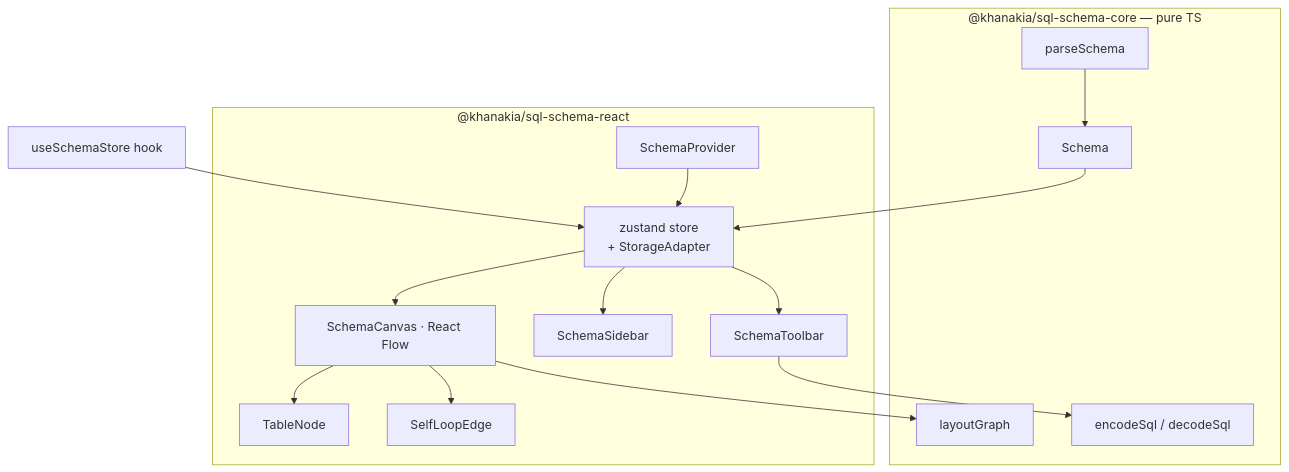
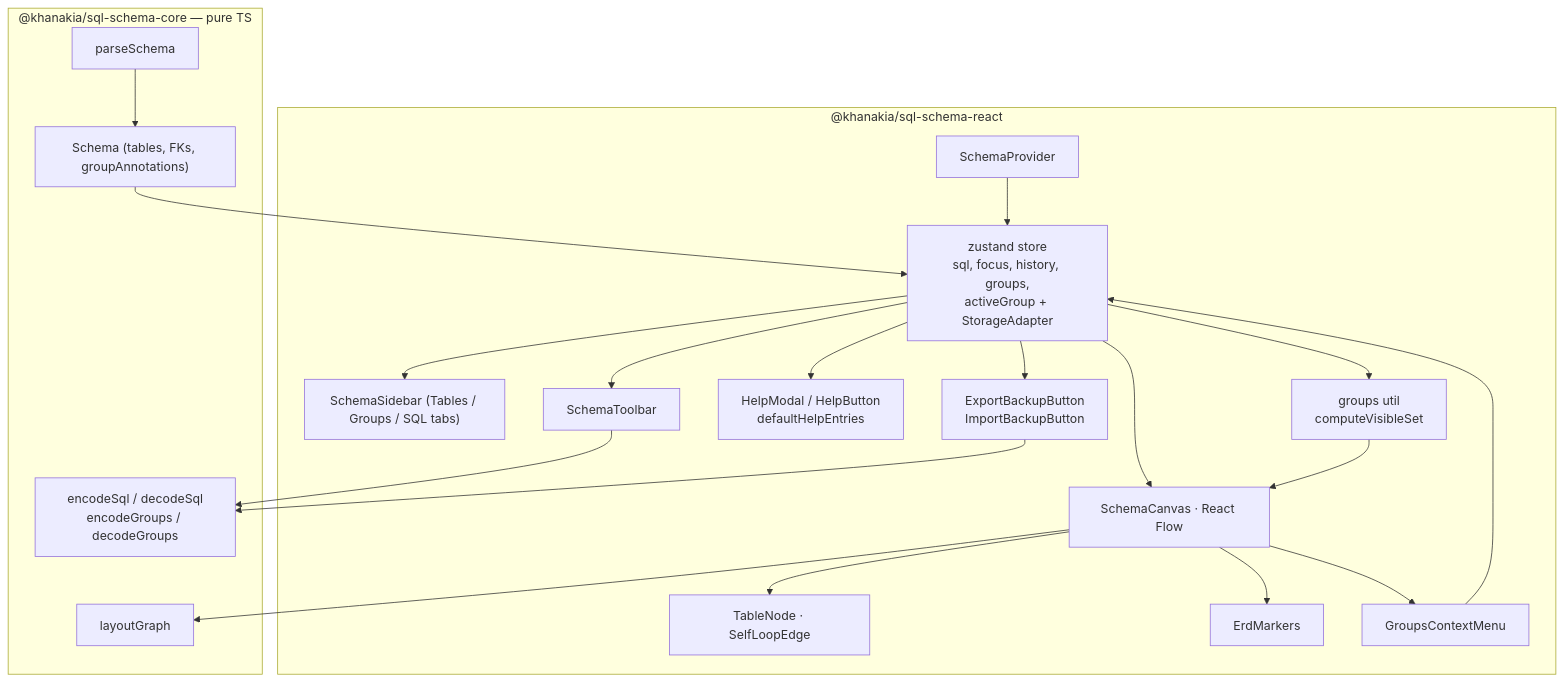
Before and after one commit to khanakia/sql-schema-visualizer: the diagram in packages/react/README.md, drawn with Mermaid. The commit also changed other lines of this file and 5 other files, not shown here.

````diff
--- a/packages/react/README.md
+++ b/packages/react/README.md
@@ -70,23 +70,32 @@
 ```mermaid
 flowchart TD
   subgraph core["@khanakia/sql-schema-core — pure TS"]
-    P["parseSchema"] --> S["Schema"]
+    P["parseSchema"] --> S["Schema (tables, FKs, groupAnnotations)"]
     LG["layoutGraph"]
-    EC["encodeSql / decodeSql"]
+    EC["encodeSql / decodeSql<br/>encodeGroups / decodeGroups"]
   end
   subgraph react["@khanakia/sql-schema-react"]
-    ST["zustand store<br/>+ StorageAdapter"]
+    ST["zustand store<br/>sql, focus, history, groups,<br/>activeGroup + StorageAdapter"]
     PR["SchemaProvider"]
     CV["SchemaCanvas · React Flow"]
-    SB["SchemaSidebar"]
+    SB["SchemaSidebar (Tables / Groups / SQL tabs)"]
     TB["SchemaToolbar"]
-    TN["TableNode"] & SE["SelfLoopEdge"]
+    TN["TableNode · SelfLoopEdge"]
+    EM["ErdMarkers"]
+    GC["GroupsContextMenu"]
+    HM["HelpModal / HelpButton<br/>defaultHelpEntries"]
+    BK["ExportBackupButton<br/>ImportBackupButton"]
+    GU["groups util<br/>computeVisibleSet"]
   end
   S --> ST
   PR --> ST
   ST --> CV --> LG
+  CV --> EM
+  CV --> TN
+  CV --> GC --> ST
   ST --> SB
   ST --> TB --> EC
-  CV --> TN & SE
-  H["useSchemaStore hook"] --> ST
+  ST --> HM
+  ST --> BK --> EC
+  ST --> GU --> CV
 ```
````
